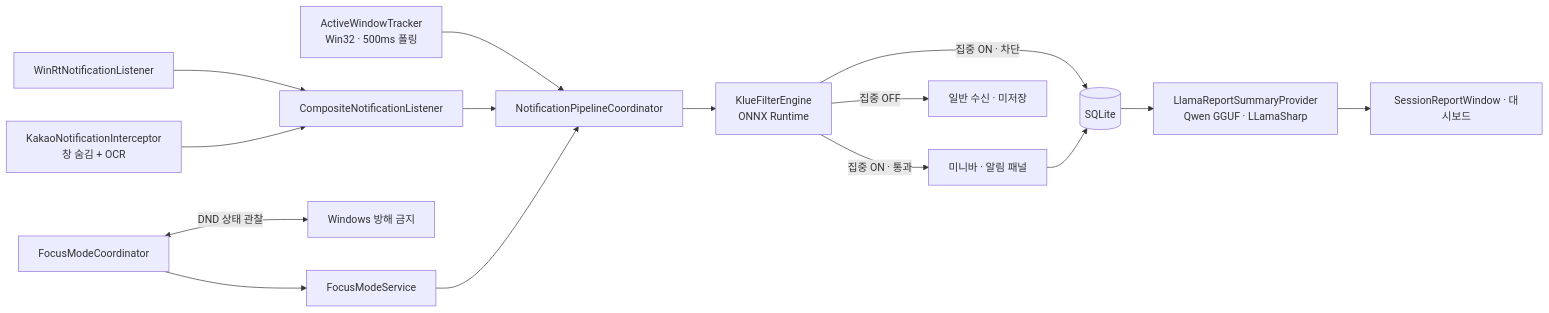
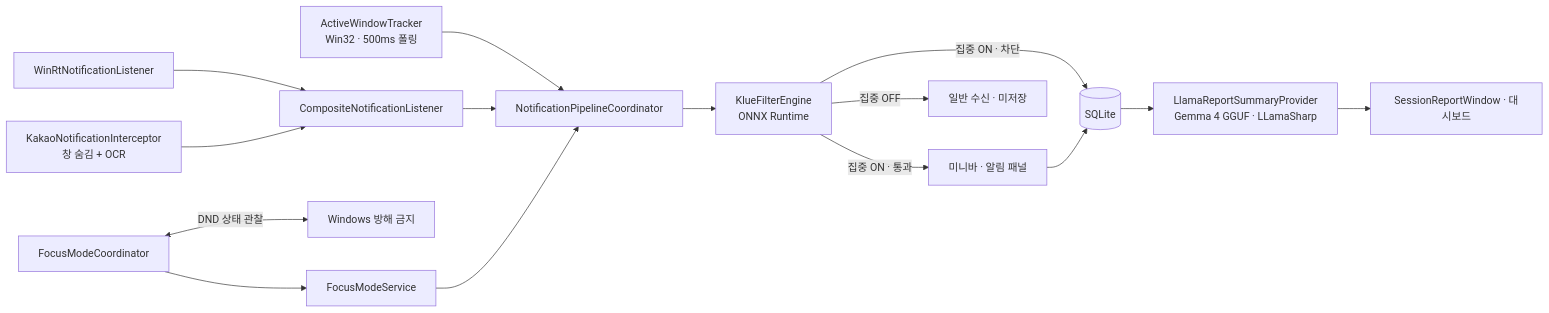
The first of 2 diagrams in docs/ARCHITECTURE.md (AIoish/ALTONG_client), drawn with Mermaid before and after one commit. The commit also changed other lines of this file and 14 other files, not shown here.

````diff
--- a/docs/ARCHITECTURE.md
+++ b/docs/ARCHITECTURE.md
@@ -29,17 +29,17 @@
 ```mermaid
 flowchart LR
     AW["ActiveWindowTracker<br/>Win32 · 500ms 폴링"] --> P[NotificationPipelineCoordinator]
     WR[WinRtNotificationListener] --> C[CompositeNotificationListener]
     KK["KakaoNotificationInterceptor<br/>창 숨김 + OCR"] --> C
     C --> P
     P --> F["KlueFilterEngine<br/>ONNX Runtime"]
     F -->|"집중 ON · 통과"| UI[미니바 · 알림 패널]
     F -->|"집중 ON · 차단"| DB[(SQLite)]
     F -->|"집중 OFF"| N["일반 수신 · 미저장"]
     UI --> DB
-    DB --> B["LlamaReportSummaryProvider<br/>Qwen GGUF · LLamaSharp"]
+    DB --> B["LlamaReportSummaryProvider<br/>Gemma 4 GGUF · LLamaSharp"]
     B --> R["SessionReportWindow · 대시보드"]
     FC[FocusModeCoordinator] <-->|DND 상태 관찰| OS[Windows 방해 금지]
     FC --> FS[FocusModeService]
     FS --> P
 ```
````
